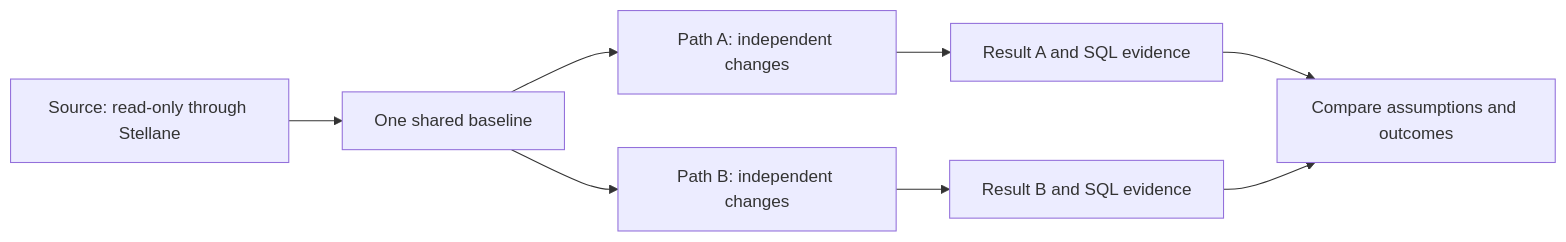
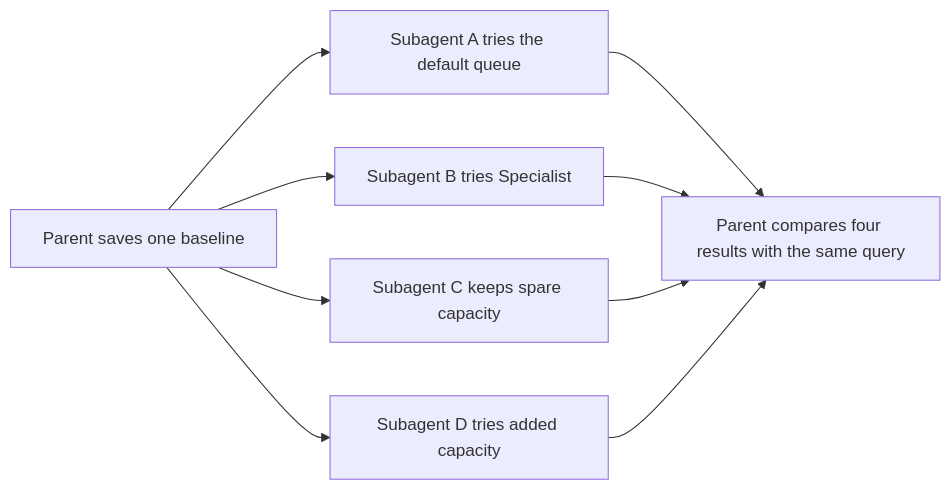
The diagram in docs/experiments.md (czNail/Stellane), drawn with Mermaid before and after one commit. The commit also changed other lines of this file and 9 other files, not shown here.

Commit message:
Explain lineage and four-path experiments with worked examples

````diff
--- a/docs/experiments.md
+++ b/docs/experiments.md
@@ -9,10 +24,11 @@
 ```mermaid
 flowchart LR
-  S[Source: read-only through Stellane] --> B[One shared baseline]
-  B --> A[Path A: independent changes]
-  B --> C[Path B: independent changes]
-  A --> RA[Result A and SQL evidence]
-  C --> RB[Result B and SQL evidence]
-  RA --> D[Compare assumptions and outcomes]
-  RB --> D
+    P[Parent saves one baseline] --> A[Subagent A tries the default queue]
+    P --> B[Subagent B tries Specialist]
+    P --> C[Subagent C keeps spare capacity]
+    P --> D[Subagent D tries added capacity]
+    A --> E[Parent compares four results with the same query]
+    B --> E
+    C --> E
+    D --> E
 ```
````
